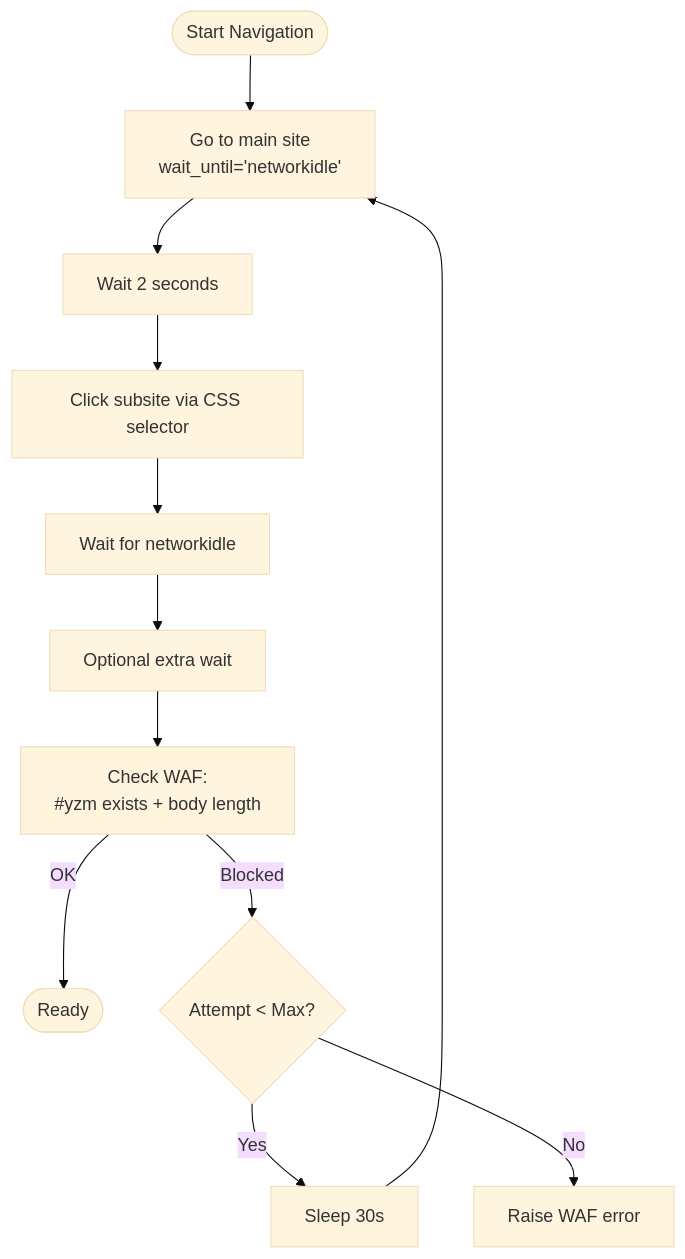
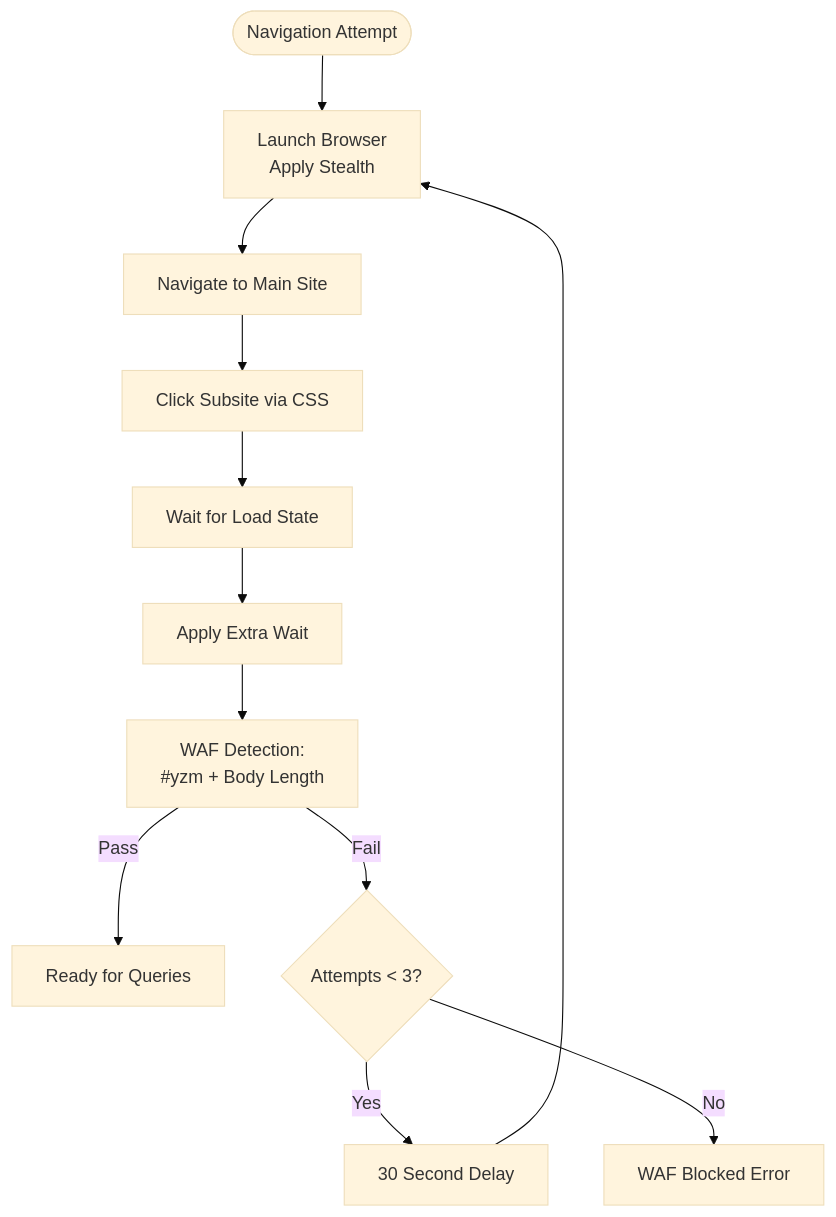
One commit to supotato-ipj/zxgk_auto_query-skill changed the fourth of 6 diagrams in .qoder/repowiki/en/content/Core Architecture/Browser Automation System.md. Above: the diagram before and after it, drawn with Mermaid (base theme). The commit also changed other lines of this file and 24 other files, not shown here.

````diff
--- a/.qoder/repowiki/en/content/Core Architecture/Browser Automation System.md
+++ b/.qoder/repowiki/en/content/Core Architecture/Browser Automation System.md
@@ -218,13 +236,13 @@
 ```mermaid
 flowchart TD
-Start(["Start Navigation"]) --> GotoMain["Go to main site<br/>wait_until='networkidle'"]
-GotoMain --> Wait2Sec["Wait 2 seconds"]
-Wait2Sec --> ClickSubsite["Click subsite via CSS selector"]
-ClickSubsite --> WaitForIdle["Wait for networkidle"]
-WaitForIdle --> ExtraWait["Optional extra wait"]
-ExtraWait --> CheckWAF["Check WAF:<br/>#yzm exists + body length"]
-CheckWAF --> |OK| Done(["Ready"])
-CheckWAF --> |Blocked| Retry{"Attempt < Max?"}
-Retry --> |Yes| Delay["Sleep 30s"] --> GotoMain
-Retry --> |No| RaiseErr["Raise WAF error"]
+Start(["Navigation Attempt"]) --> Launch["Launch Browser<br/>Apply Stealth"]
+Launch --> MainSite["Navigate to Main Site"]
+MainSite --> ClickSubsite["Click Subsite via CSS"]
+ClickSubsite --> WaitLoad["Wait for Load State"]
+WaitLoad --> ExtraWait["Apply Extra Wait"]
+ExtraWait --> CheckWAF["WAF Detection:<br/>#yzm + Body Length"]
+CheckWAF --> |Pass| Ready["Ready for Queries"]
+CheckWAF --> |Fail| Retry{"Attempts < 3?"}
+Retry --> |Yes| Delay["30 Second Delay"] --> Launch
+Retry --> |No| Block["WAF Blocked Error"]
 ```
````
